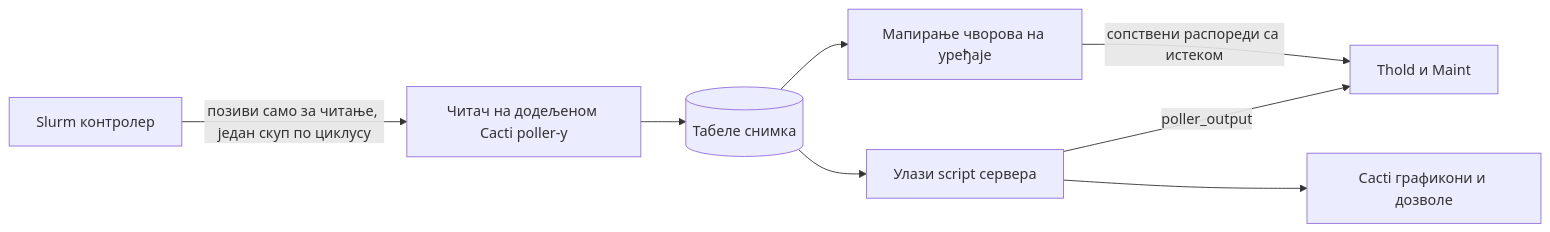
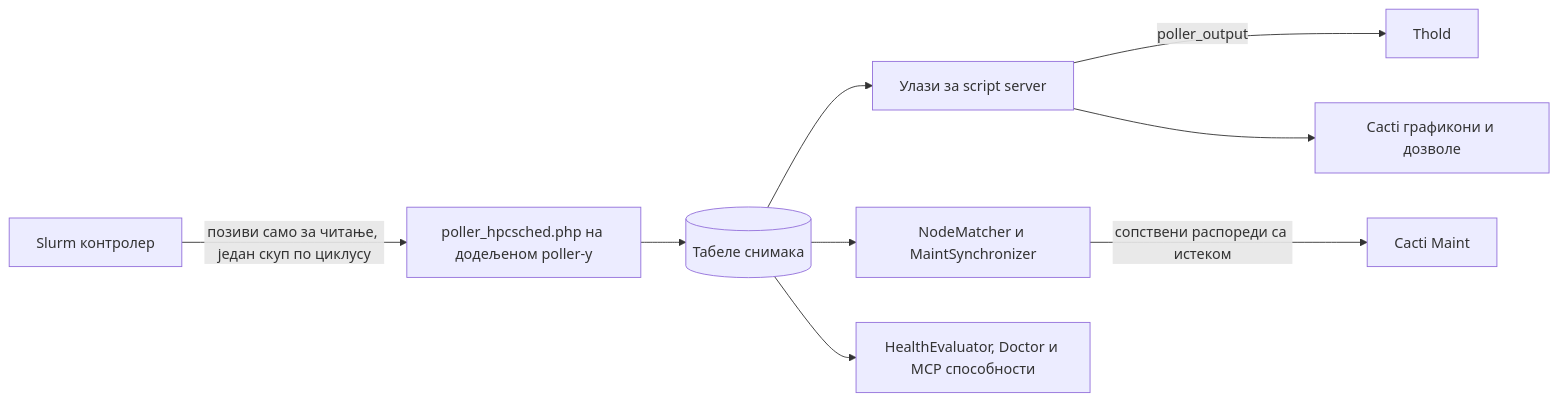
One commit to somethingwithproof/plugin_hpcsched changed the diagram in docs/i18n/sr-RS/README.md. Above: the diagram before and after it, drawn with Mermaid. The commit also changed other lines of this file and 48 other files, not shown here.

````diff
--- a/docs/i18n/sr-RS/README.md
+++ b/docs/i18n/sr-RS/README.md
@@ -99,10 +163,11 @@
 ```mermaid
 flowchart LR
-    S[Slurm контролер] -->|позиви само за читање, један скуп по циклусу| R[Читач на додељеном Cacti poller-у]
-    R --> SNAP[(Табеле снимка)]
-    SNAP --> SS[Улази script сервера]
-    SS -->|poller_output| T[Thold и Maint]
+    S[Slurm контролер] -->|позиви само за читање, један скуп по циклусу| R[poller_hpcsched.php на додељеном poller-у]
+    R --> SNAP[(Табеле снимака)]
+    SNAP --> SS[Улази за script server]
+    SS -->|poller_output| T[Thold]
     SS --> G[Cacti графикони и дозволе]
-    SNAP --> MAP[Мапирање чворова на уређаје]
-    MAP -->|сопствени распореди са истеком| T
+    SNAP --> MAP[NodeMatcher и MaintSynchronizer]
+    MAP -->|сопствени распореди са истеком| M[Cacti Maint]
+    SNAP --> H[HealthEvaluator, Doctor и MCP способности]
 ```
````
